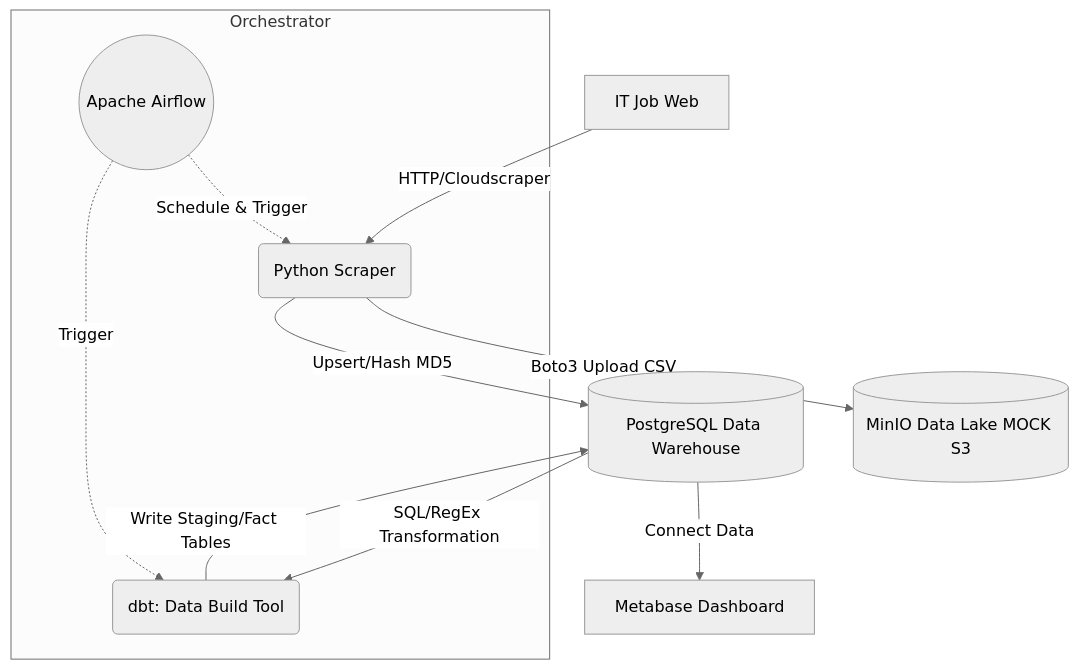
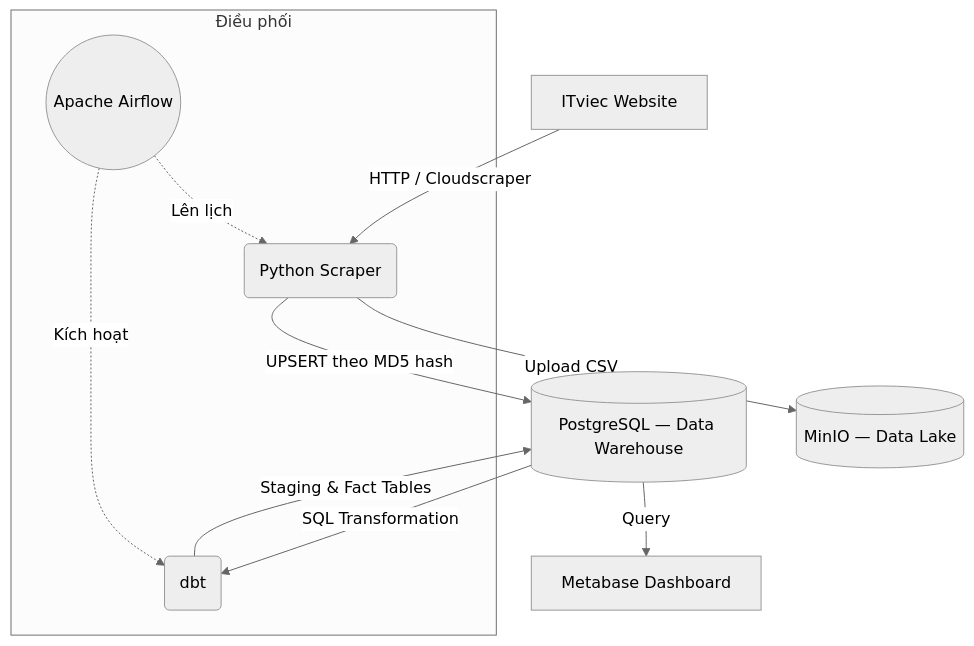
The diagram in README.md (npthieu-2502/vietnam-it-job-pipeline), drawn with Mermaid (neutral theme) before and after one commit. The commit also changed other lines of this file, not shown here.

````diff
--- a/README.md
+++ b/README.md
@@ -15,14 +18,14 @@
 ```mermaid
 graph TD
-    A[IT Job Web] -->|HTTP/Cloudscraper| B(Python Scraper)
-    B -->|Boto3 Upload CSV| C[(MinIO Data Lake MOCK S3)]
-    B -->|Upsert/Hash MD5| D[(PostgreSQL Data Warehouse)]
-    D -->|SQL/RegEx Transformation| E(dbt: Data Build Tool)
-    E -->|Write Staging/Fact Tables| D
-    D -->|Connect Data| F[Metabase Dashboard]
-    
-    subgraph Orchestrator
-    G((Apache Airflow)) -.-> |Schedule & Trigger| B
-    G -.-> |Trigger| E
+    A[ITviec Website] -->|HTTP / Cloudscraper| B(Python Scraper)
+    B -->|Upload CSV| C[(MinIO — Data Lake)]
+    B -->|UPSERT theo MD5 hash| D[(PostgreSQL — Data Warehouse)]
+    D -->|SQL Transformation| E(dbt)
+    E -->|Staging & Fact Tables| D
+    D -->|Query| F[Metabase Dashboard]
+
+    subgraph Điều phối
+    G((Apache Airflow)) -.->|Lên lịch| B
+    G -.->|Kích hoạt| E
     end
 ```
````
